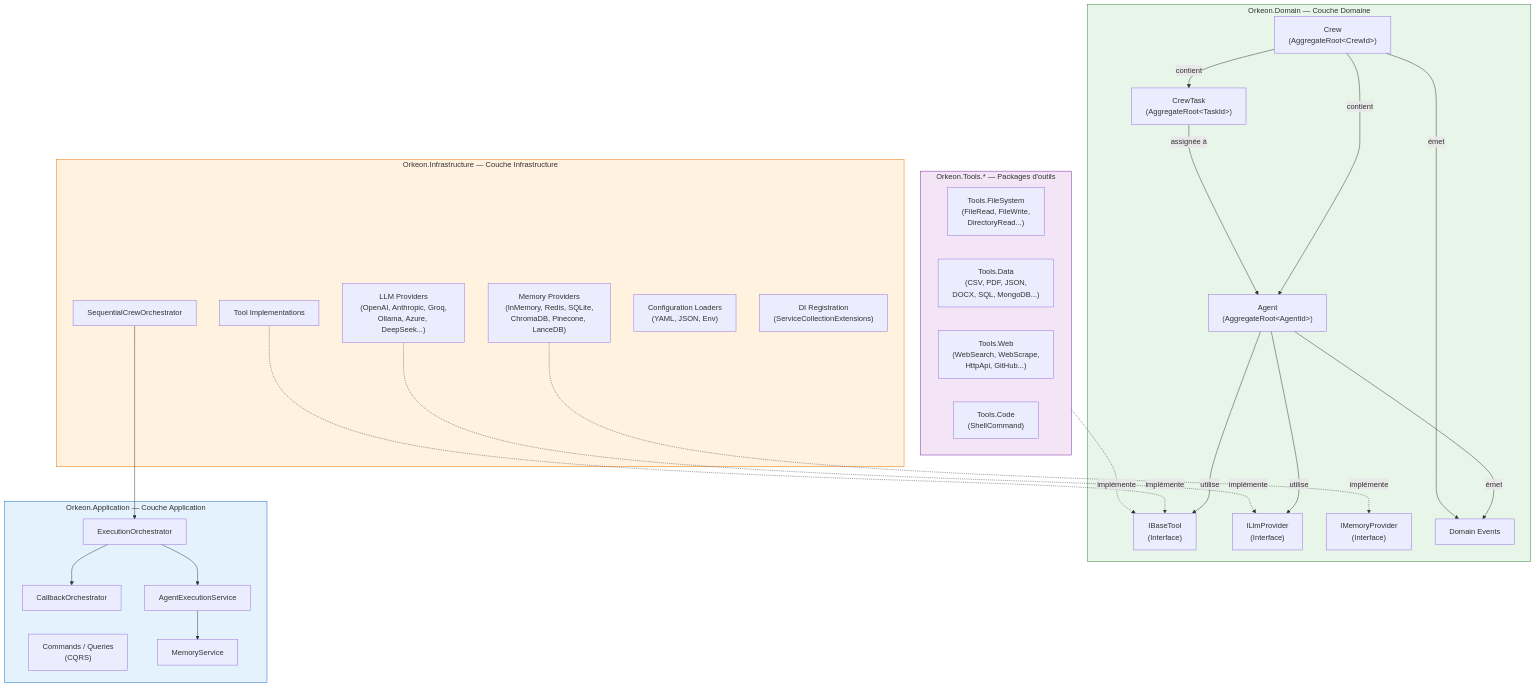
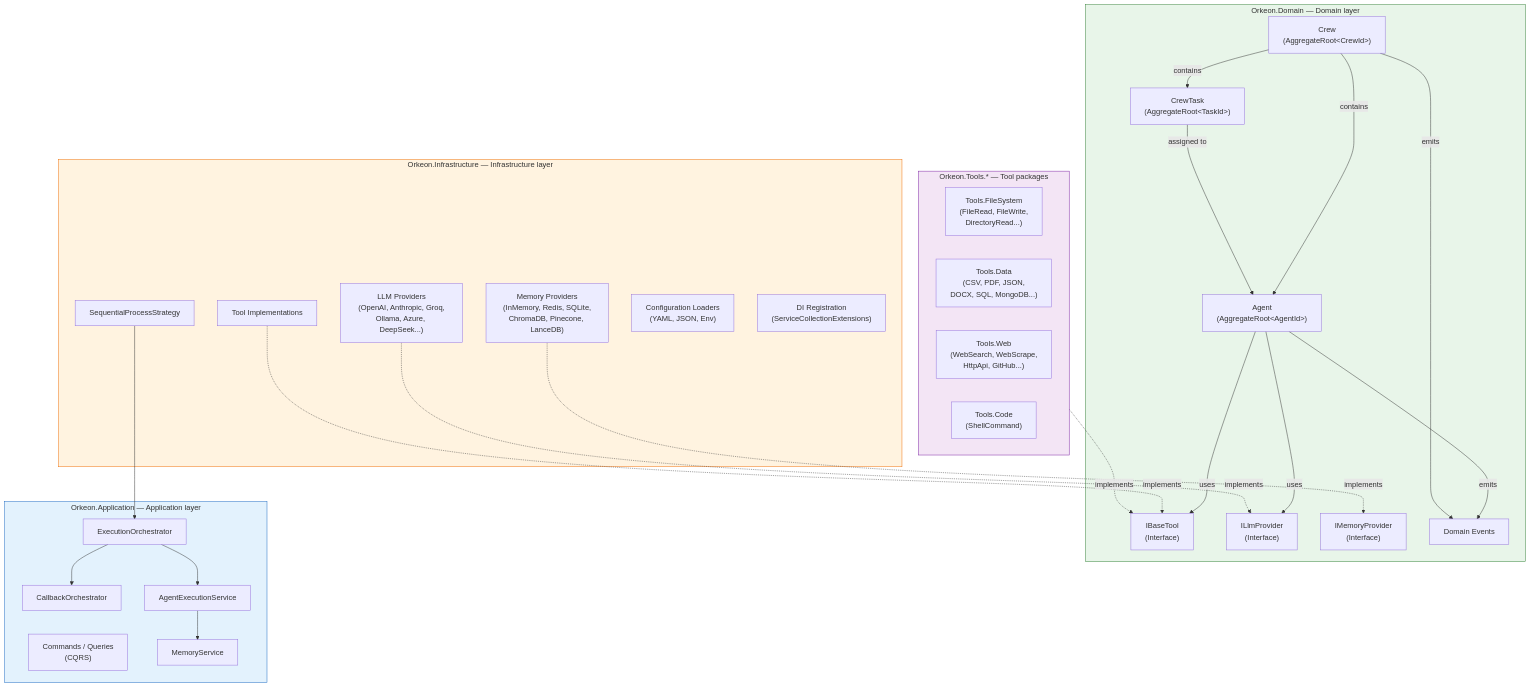
The diagram in docs/getting-started/overview.md (Orkeon/orkeon), drawn with Mermaid before and after one commit. The commit also changed other lines of this file and 76 other files, not shown here.

````diff
--- a/docs/getting-started/overview.md
+++ b/docs/getting-started/overview.md
@@ -15,60 +15,60 @@
 ```mermaid
 graph TB
-    subgraph Domain["Orkeon.Domain — Couche Domaine"]
+    subgraph Domain["Orkeon.Domain — Domain layer"]
         Agent["Agent<br/>(AggregateRoot&lt;AgentId&gt;)"]
         CrewTask["CrewTask<br/>(AggregateRoot&lt;TaskId&gt;)"]
         Crew["Crew<br/>(AggregateRoot&lt;CrewId&gt;)"]
         ITool["IBaseTool<br/>(Interface)"]
         ILlm["ILlmProvider<br/>(Interface)"]
         IMem["IMemoryProvider<br/>(Interface)"]
         DomainEvents["Domain Events"]
 
-        Crew -->|"contient"| Agent
-        Crew -->|"contient"| CrewTask
-        Agent -->|"utilise"| ITool
-        Agent -->|"utilise"| ILlm
-        CrewTask -->|"assignée à"| Agent
-        Agent -->|"émet"| DomainEvents
-        Crew -->|"émet"| DomainEvents
+        Crew -->|"contains"| Agent
+        Crew -->|"contains"| CrewTask
+        Agent -->|"uses"| ITool
+        Agent -->|"uses"| ILlm
+        CrewTask -->|"assigned to"| Agent
+        Agent -->|"emits"| DomainEvents
+        Crew -->|"emits"| DomainEvents
     end
 
-    subgraph Application["Orkeon.Application — Couche Application"]
+    subgraph Application["Orkeon.Application — Application layer"]
         Orchestrator["ExecutionOrchestrator"]
         CQRS["Commands / Queries<br/>(CQRS)"]
         CallbackOrch["CallbackOrchestrator"]
         MemService["MemoryService"]
         AgentExec["AgentExecutionService"]
 
         Orchestrator --> AgentExec
         Orchestrator --> CallbackOrch
         AgentExec --> MemService
     end
 
-    subgraph Infrastructure["Orkeon.Infrastructure — Couche Infrastructure"]
-        SeqOrch["SequentialCrewOrchestrator"]
+    subgraph Infrastructure["Orkeon.Infrastructure — Infrastructure layer"]
+        SeqOrch["SequentialProcessStrategy"]
         LlmProviders["LLM Providers<br/>(OpenAI, Anthropic, Groq,<br/>Ollama, Azure, DeepSeek...)"]
         MemProviders["Memory Providers<br/>(InMemory, Redis, SQLite,<br/>ChromaDB, Pinecone, LanceDB)"]
         ToolImpl["Tool Implementations"]
         Config["Configuration Loaders<br/>(YAML, JSON, Env)"]
         DI["DI Registration<br/>(ServiceCollectionExtensions)"]
 
         SeqOrch --> Orchestrator
-        LlmProviders -.->|"implémente"| ILlm
-        MemProviders -.->|"implémente"| IMem
-        ToolImpl -.->|"implémente"| ITool
+        LlmProviders -.->|"implements"| ILlm
+        MemProviders -.->|"implements"| IMem
+        ToolImpl -.->|"implements"| ITool
     end
 
-    subgraph Tools["Orkeon.Tools.* — Packages d'outils"]
+    subgraph Tools["Orkeon.Tools.* — Tool packages"]
         ToolsFS["Tools.FileSystem<br/>(FileRead, FileWrite,<br/>DirectoryRead...)"]
         ToolsData["Tools.Data<br/>(CSV, PDF, JSON,<br/>DOCX, SQL, MongoDB...)"]
         ToolsWeb["Tools.Web<br/>(WebSearch, WebScrape,<br/>HttpApi, GitHub...)"]
         ToolsCode["Tools.Code<br/>(ShellCommand)"]
     end
 
-    Tools -.->|"implémente"| ITool
+    Tools -.->|"implements"| ITool
 
     style Domain fill:#e8f5e9,stroke:#2e7d32
     style Application fill:#e3f2fd,stroke:#1565c0
     style Infrastructure fill:#fff3e0,stroke:#ef6c00
     style Tools fill:#f3e5f5,stroke:#7b1fa2
 ```
````
